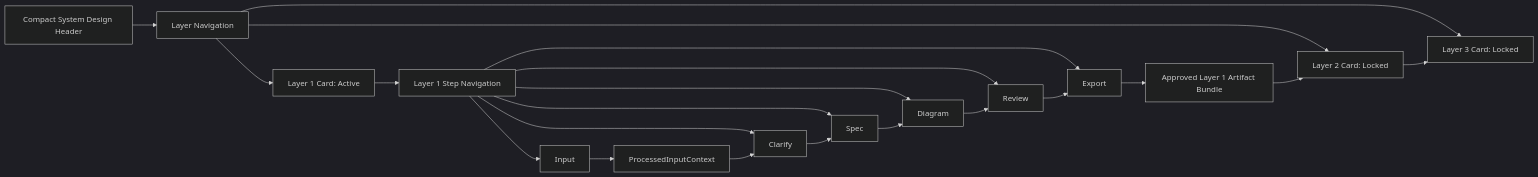
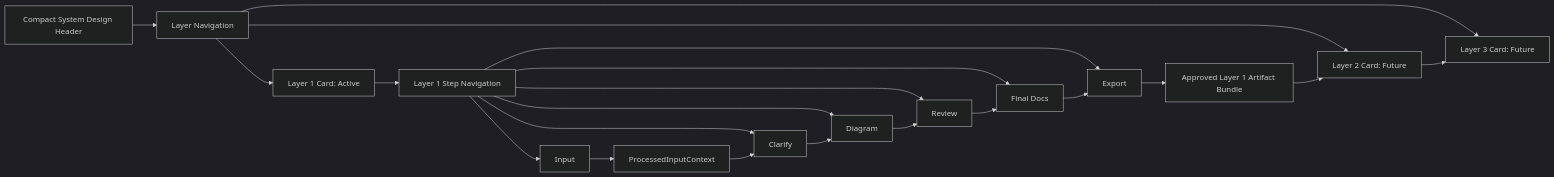
Before and after one commit to ProductMasterz/Mujarrad-Frontend: the eighth of 19 diagrams in Docs/system-design-detailed-plan.md, drawn with Mermaid (dark theme). The commit also changed other lines of this file, not shown here.

Commit message:
Sync corrected system design roadmap

````diff
--- a/Docs/system-design-detailed-plan.md
+++ b/Docs/system-design-detailed-plan.md
@@ -1159,27 +1215,27 @@
 ```mermaid
 flowchart LR
     A[Compact System Design Header] --> B[Layer Navigation]
 
     B --> C[Layer 1 Card: Active]
-    B --> D[Layer 2 Card: Locked]
-    B --> E[Layer 3 Card: Locked]
+    B --> D[Layer 2 Card: Future]
+    B --> E[Layer 3 Card: Future]
 
     C --> F[Layer 1 Step Navigation]
     F --> G[Input]
     F --> H[Clarify]
-    F --> I[Spec]
-    F --> J[Diagram]
-    F --> K[Review]
+    F --> I[Diagram]
+    F --> J[Review]
+    F --> K[Final Docs]
     F --> L[Export]
 
     G --> M[ProcessedInputContext]
     M --> H
     H --> I
     I --> J
     J --> K
     K --> L
 
     L --> N[Approved Layer 1 Artifact Bundle]
     N --> D
     D --> E
 ```
````
